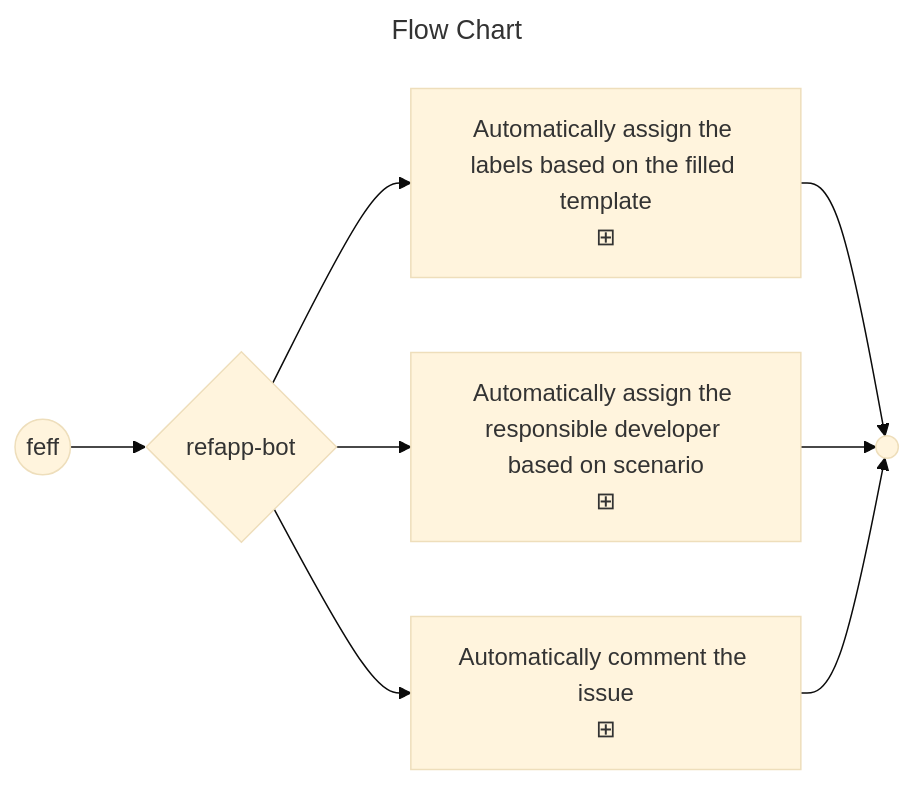
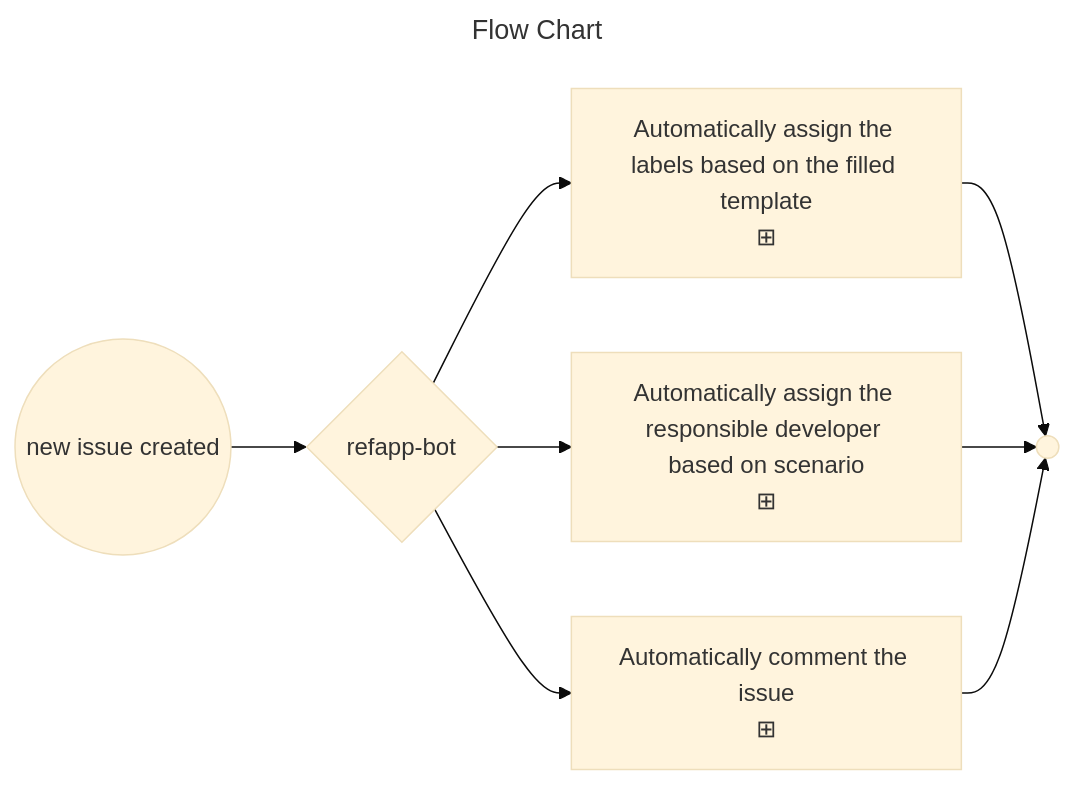
One commit to ejazsyed/validation-issue changed the diagram in README.md. Above: the diagram before and after it, drawn with Mermaid (base theme).

Commit message:
issu-bot

````diff
--- a/README.md
+++ b/README.md
@@ -6,13 +6,13 @@
 ```mermaid
 ---
 title: Flow Chart
 ---
 flowchart LR
-    start((feff)) --> p1{refapp-bot}
+    start((new issue created)) --> p1{refapp-bot}
     p1 --> assignee["Automatically assign the labels based on the filled template\n⊞"]
     p1 --> label["Automatically assign the responsible developer based on scenario\n⊞"]
     p1 --> comment["Automatically comment the issue\n⊞"]
     assignee --> e1(( ))
     label --> e1
     comment --> e1
 ```
````
